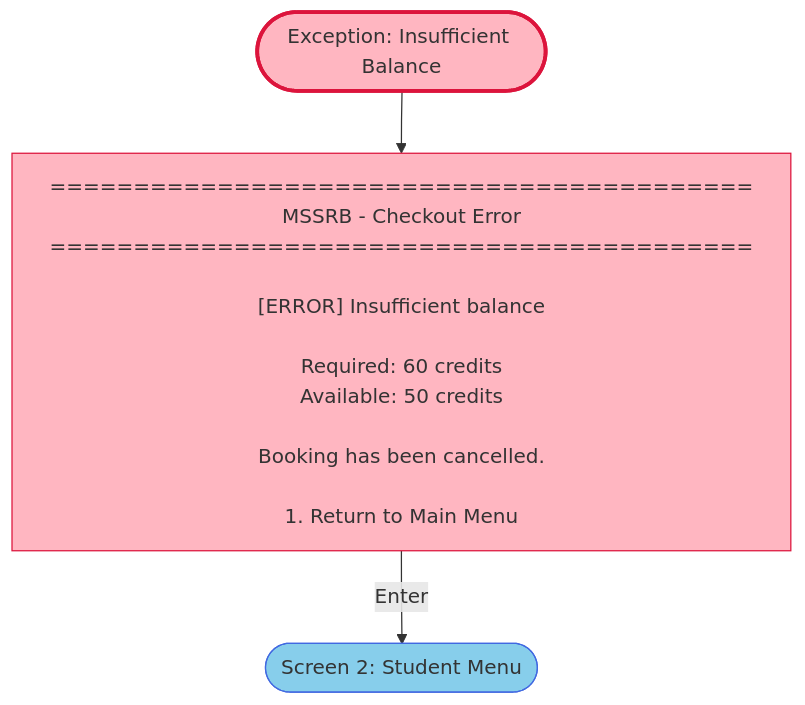
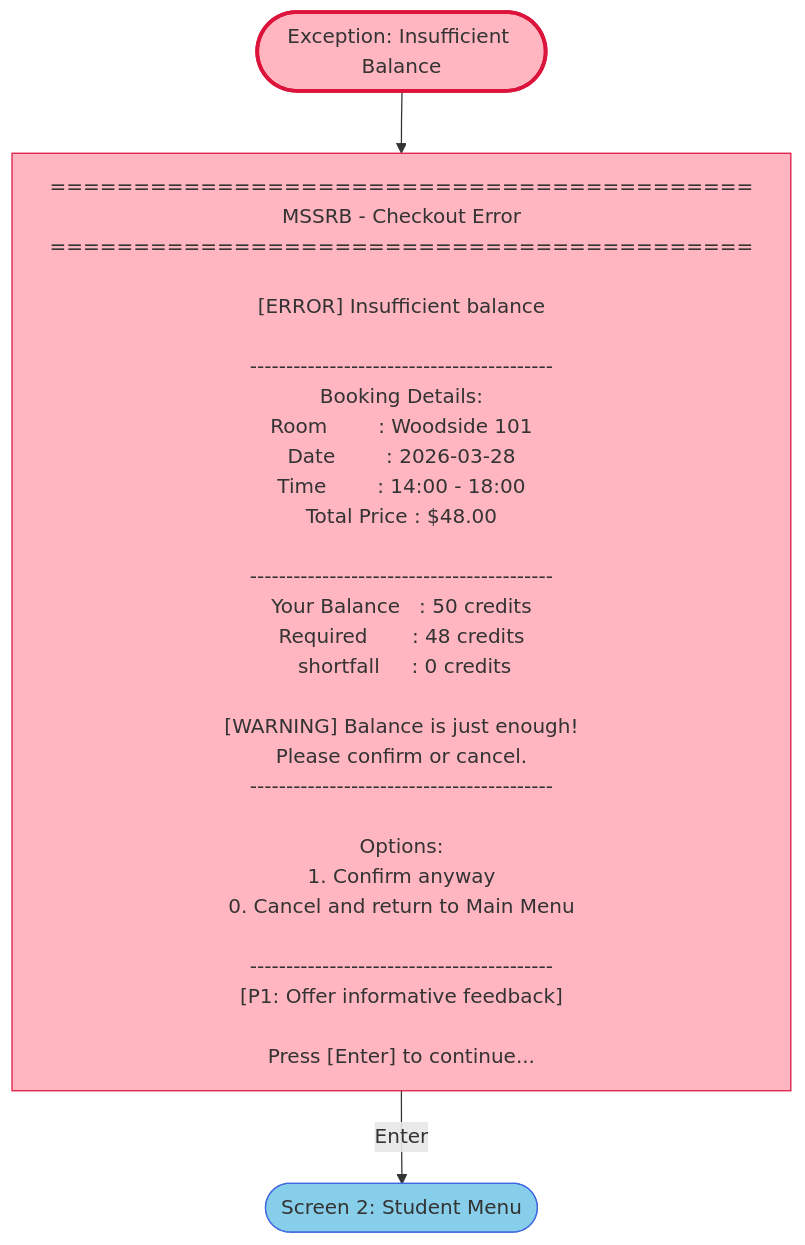
Before and after one commit to alii0110-monash/fit5136-study-room-booking: the diagram in mermaid/member_a/exception_insufficient_balance.mmd, drawn with Mermaid. The commit also changed 14 other files, not shown here.

First line of the commit message:
Enrich all Mermaid screens with complete UI content

```diff
--- a/mermaid/member_a/exception_insufficient_balance.mmd
+++ b/mermaid/member_a/exception_insufficient_balance.mmd
@@ -1,26 +1,44 @@
 flowchart TB
     ERROR_BALANCE(["Exception: Insufficient Balance"])
 
     B1["
 ==========================================
 MSSRB - Checkout Error
 ==========================================
 
 [ERROR] Insufficient balance
 
-Required: 60 credits
-Available: 50 credits
+------------------------------------------
+Booking Details:
+Room        : Woodside 101
+Date        : 2026-03-28
+Time        : 14:00 - 18:00
+Total Price : $48.00
 
-Booking has been cancelled.
+------------------------------------------
+Your Balance   : 50 credits
+Required       : 48 credits
+ shortfall     : 0 credits
 
-1. Return to Main Menu
+[WARNING] Balance is just enough!
+Please confirm or cancel.
+------------------------------------------
+
+Options:
+1. Confirm anyway
+0. Cancel and return to Main Menu
+
+------------------------------------------
+[P1: Offer informative feedback]
+
+Press [Enter] to continue...
     "]
 
     STUDENT_MENU(["Screen 2: Student Menu"])
 
     ERROR_BALANCE --> B1
     B1 -->|"Enter"| STUDENT_MENU
 
     style ERROR_BALANCE fill:#FFB6C1,stroke:#DC143C,stroke-width:3px
     style B1 fill:#FFB6C1,stroke:#DC143C
     style STUDENT_MENU fill:#87CEEB,stroke:#4169E1
```
